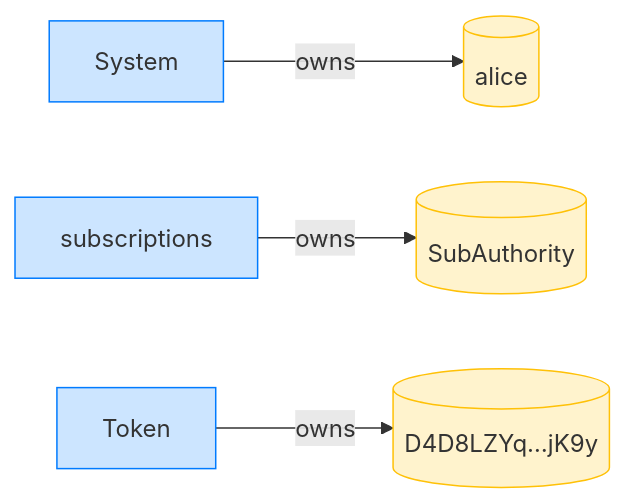
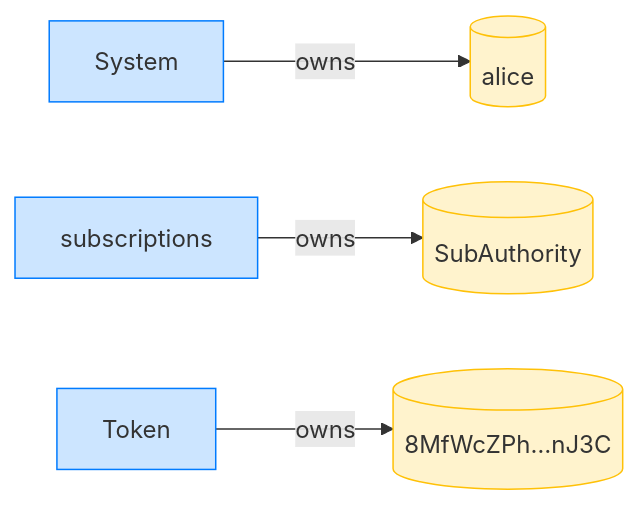
The fourth of 12 diagrams in dsl_tests/a-sponsor-cannot-revoke-within-the-drift-window.md (cds-rs/subscriptions), drawn with Mermaid before and after one commit. The commit also changed other lines of this file and 224 other files, not shown here.

````diff
--- a/dsl_tests/a-sponsor-cannot-revoke-within-the-drift-window.md
+++ b/dsl_tests/a-sponsor-cannot-revoke-within-the-drift-window.md
@@ -71,14 +76,14 @@
 ```mermaid
 flowchart LR
     classDef owner fill:#cce5ff,stroke:#007bff;
     classDef account fill:#fff3cd,stroke:#ffc107;
     System[System]:::owner
     alice[(alice)]:::account
     subscriptions[subscriptions]:::owner
     SubAuthority[(SubAuthority)]:::account
     Token[Token]:::owner
-    D4D8LZYq_jK9y[("D4D8LZYq…jK9y")]:::account
+    8MfWcZPh_nJ3C[("8MfWcZPh…nJ3C")]:::account
     System -->|owns| alice
     subscriptions -->|owns| SubAuthority
-    Token -->|owns| D4D8LZYq_jK9y
+    Token -->|owns| 8MfWcZPh_nJ3C
 ```
````
